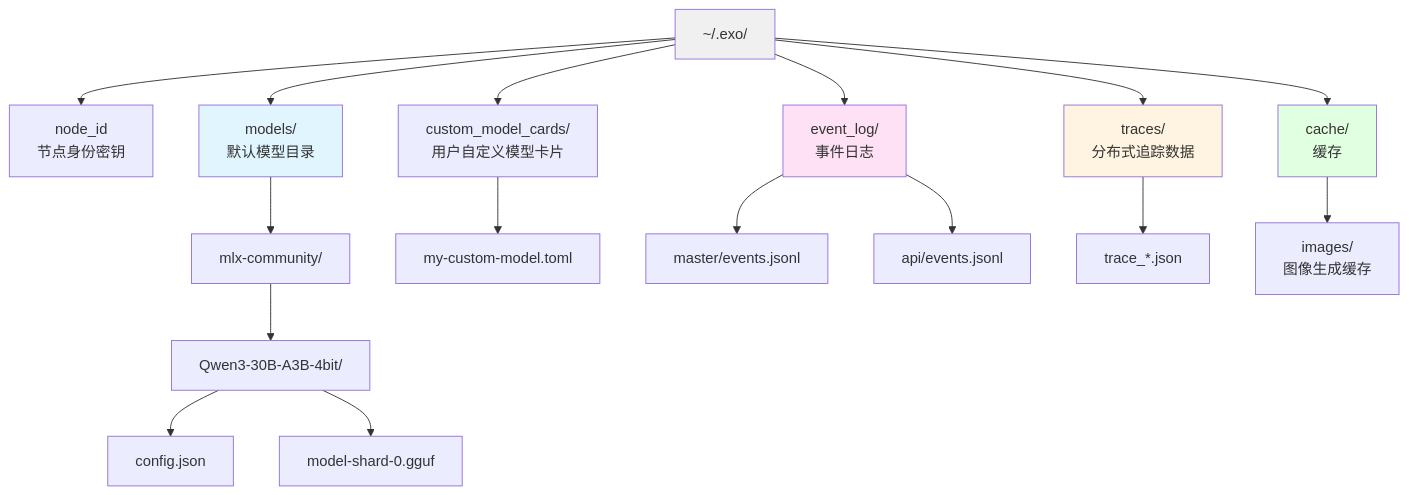
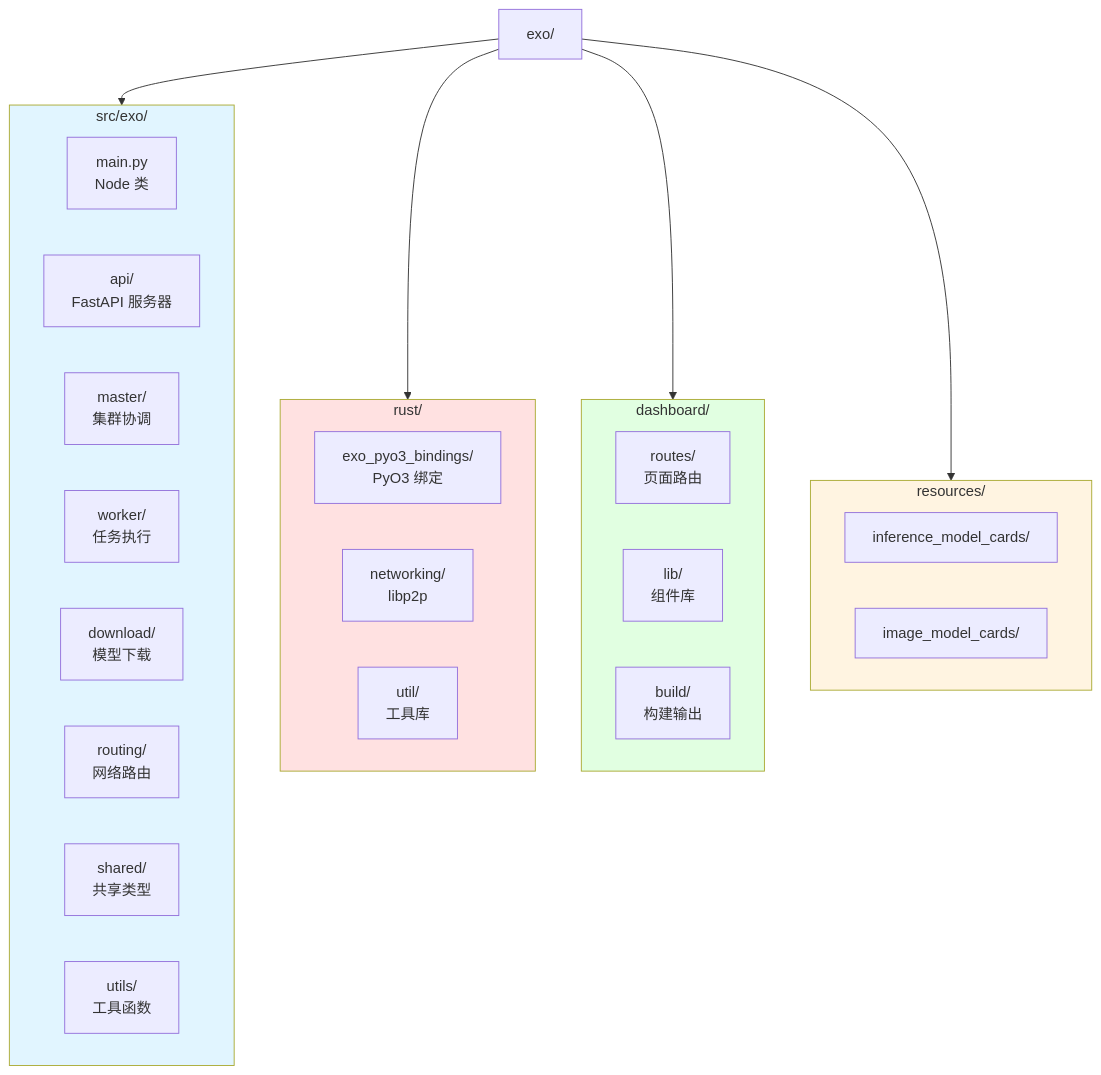
Before and after one commit to Wanger-SJTU/wanger-sjtu.github.io: diagram 15 of 33 in source/_posts/exo-4plus1.md, drawn with Mermaid. The commit also changed other lines of this file, not shown here.

````diff
--- a/source/_posts/exo-4plus1.md
+++ b/source/_posts/exo-4plus1.md
@@ -782,45 +608,42 @@
 ```mermaid
 graph TB
-    ROOT["~/.exo/"]
+    ROOT["exo/"]
+    
+    subgraph SRC["src/exo/"]
+        MAIN["main.py<br/>Node 类"]
+        API["api/<br/>FastAPI 服务器"]
+        MASTER["master/<br/>集群协调"]
+        WORKER["worker/<br/>任务执行"]
+        DOWNLOAD["download/<br/>模型下载"]
+        ROUTING["routing/<br/>网络路由"]
+        SHARED["shared/<br/>共享类型"]
+        UTILS["utils/<br/>工具函数"]
+    end
+    
+    subgraph RUST["rust/"]
+        BINDINGS["exo_pyo3_bindings/<br/>PyO3 绑定"]
+        NETWORKING["networking/<br/>libp2p"]
+        UTIL["util/<br/>工具库"]
+    end
+    
+    subgraph DASHBOARD["dashboard/"]
+        ROUTES["routes/<br/>页面路由"]
+        LIB["lib/<br/>组件库"]
+        BUILD["build/<br/>构建输出"]
+    end
+    
+    subgraph RESOURCES["resources/"]
+        MODELS["inference_model_cards/"]
+        IMAGES["image_model_cards/"]
+    end
+    
+    ROOT --> SRC
+    ROOT --> RUST
+    ROOT --> DASHBOARD
+    ROOT --> RESOURCES
 
-    NODEID["node_id<br/>节点身份密钥"]
-    MODELS["models/<br/>默认模型目录"]
-    CUSTOM["custom_model_cards/<br/>用户自定义模型卡片"]
-    EVENTS["event_log/<br/>事件日志"]
-    TRACES["traces/<br/>分布式追踪数据"]
-    CACHE["cache/<br/>缓存"]
-
-    MLXCOM["mlx-community/"]
-    QWEN["Qwen3-30B-A3B-4bit/"]
-    CONFIG["config.json"]
-    SHARD0["model-shard-0.gguf"]
-    CUSTOMTOML["my-custom-model.toml"]
-    MASTERLOG["master/events.jsonl"]
-    APILOG["api/events.jsonl"]
-    TRACEJSON["trace_*.json"]
-    IMAGES["images/<br/>图像生成缓存"]
-
-    ROOT --> NODEID
-    ROOT --> MODELS
-    ROOT --> CUSTOM
-    ROOT --> EVENTS
-    ROOT --> TRACES
-    ROOT --> CACHE
-
-    MODELS --> MLXCOM
-    MLXCOM --> QWEN
-    QWEN --> CONFIG
-    QWEN --> SHARD0
-
-    CUSTOM --> CUSTOMTOML
-    EVENTS --> MASTERLOG
-    EVENTS --> APILOG
-    TRACES --> TRACEJSON
-    CACHE --> IMAGES
-
-    style ROOT fill:#f0f0f0
-    style MODELS fill:#e1f5ff
-    style EVENTS fill:#ffe1f5
-    style TRACES fill:#fff4e1
-    style CACHE fill:#e1ffe1
+    style SRC fill:#e1f5ff
+    style RUST fill:#ffe1e1
+    style DASHBOARD fill:#e1ffe1
+    style RESOURCES fill:#fff4e1
 ```
````
